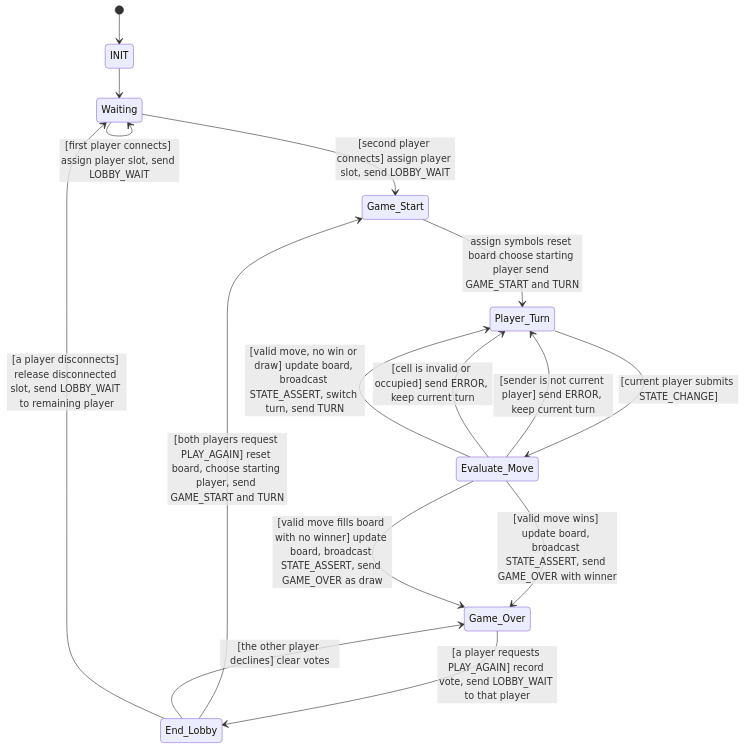
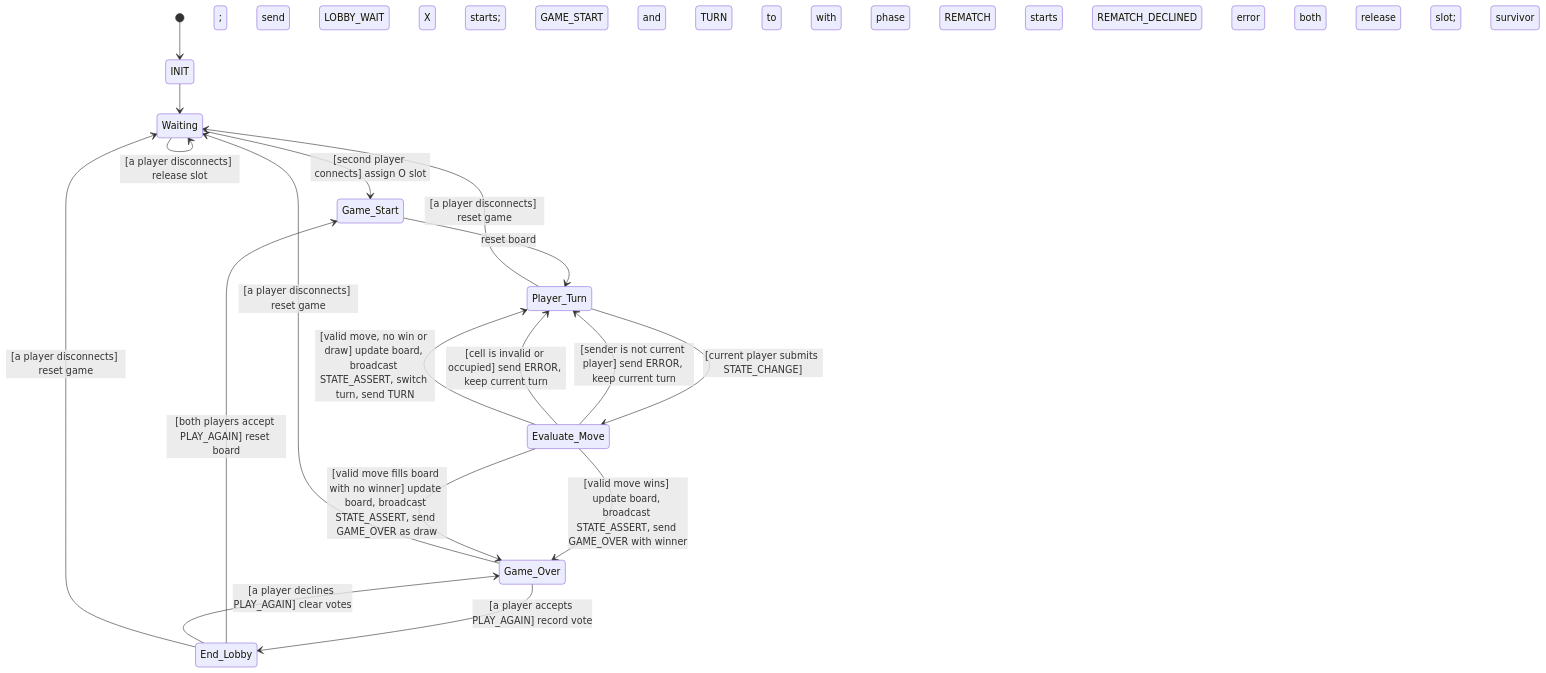
Before and after one commit to Exxabite/CS-457: the diagram in fsm_specification.md, drawn with Mermaid. The commit also changed 13 other files, not shown here.

````diff
--- a/fsm_specification.md
+++ b/fsm_specification.md
@@ -1,18 +1,21 @@
 ```mermaid
 stateDiagram-v2
     [*] --> INIT
     INIT --> Waiting
-    Waiting --> Waiting: [first player connects] assign player slot, send LOBBY_WAIT
-    Waiting --> Game_Start: [second player connects] assign player slot, send LOBBY_WAIT
-    Game_Start --> Player_Turn: assign symbols reset board choose starting player send GAME_START and TURN
+    Waiting --> Waiting: [first player connects] assign X slot; send LOBBY_WAIT
+    Waiting --> Game_Start: [second player connects] assign O slot
+    Game_Start --> Player_Turn: reset board; X starts; send GAME_START and TURN to X
     Player_Turn --> Evaluate_Move: [current player submits STATE_CHANGE]
     Evaluate_Move --> Player_Turn: [sender is not current player] send ERROR, keep current turn
     Evaluate_Move --> Player_Turn: [cell is invalid or occupied] send ERROR, keep current turn
     Evaluate_Move --> Player_Turn: [valid move, no win or draw] update board, broadcast STATE_ASSERT, switch turn, send TURN
     Evaluate_Move --> Game_Over: [valid move wins] update board, broadcast STATE_ASSERT, send GAME_OVER with winner
     Evaluate_Move --> Game_Over: [valid move fills board with no winner] update board, broadcast STATE_ASSERT, send GAME_OVER as draw
-    Game_Over --> End_Lobby: [a player requests PLAY_AGAIN] record vote, send LOBBY_WAIT to that player
-    End_Lobby --> Game_Start: [both players request PLAY_AGAIN] reset board, choose starting player, send GAME_START and TURN
-    End_Lobby --> Game_Over: [the other player declines] clear votes
-    End_Lobby --> Waiting: [a player disconnects] release disconnected slot, send LOBBY_WAIT to remaining player
+    Game_Over --> End_Lobby: [a player accepts PLAY_AGAIN] record vote; send LOBBY_WAIT with phase REMATCH
+    End_Lobby --> Game_Start: [both players accept PLAY_AGAIN] reset board; X starts
+    End_Lobby --> Game_Over: [a player declines PLAY_AGAIN] clear votes; send REMATCH_DECLINED error to both
+    Waiting --> Waiting: [a player disconnects] release slot
+    Player_Turn --> Waiting: [a player disconnects] reset game; release slot; send LOBBY_WAIT to survivor
+    Game_Over --> Waiting: [a player disconnects] reset game; release slot; send LOBBY_WAIT to survivor
+    End_Lobby --> Waiting: [a player disconnects] reset game; release slot; send LOBBY_WAIT to survivor
 ```
````
